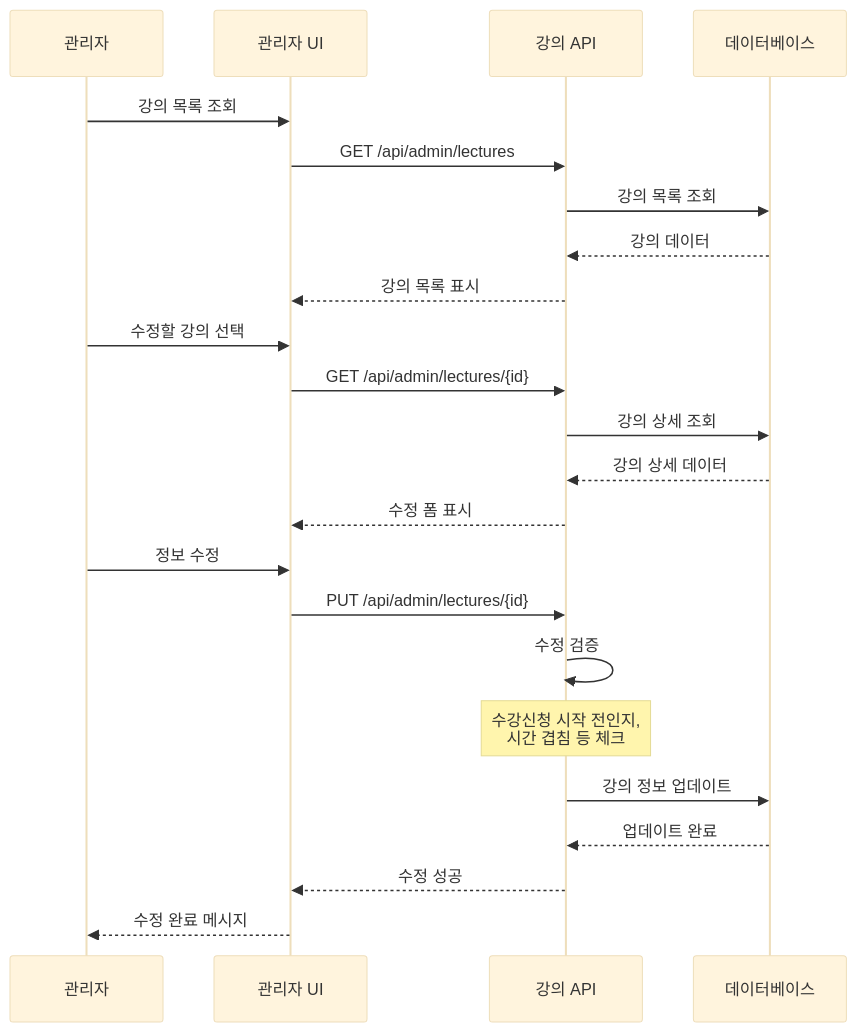
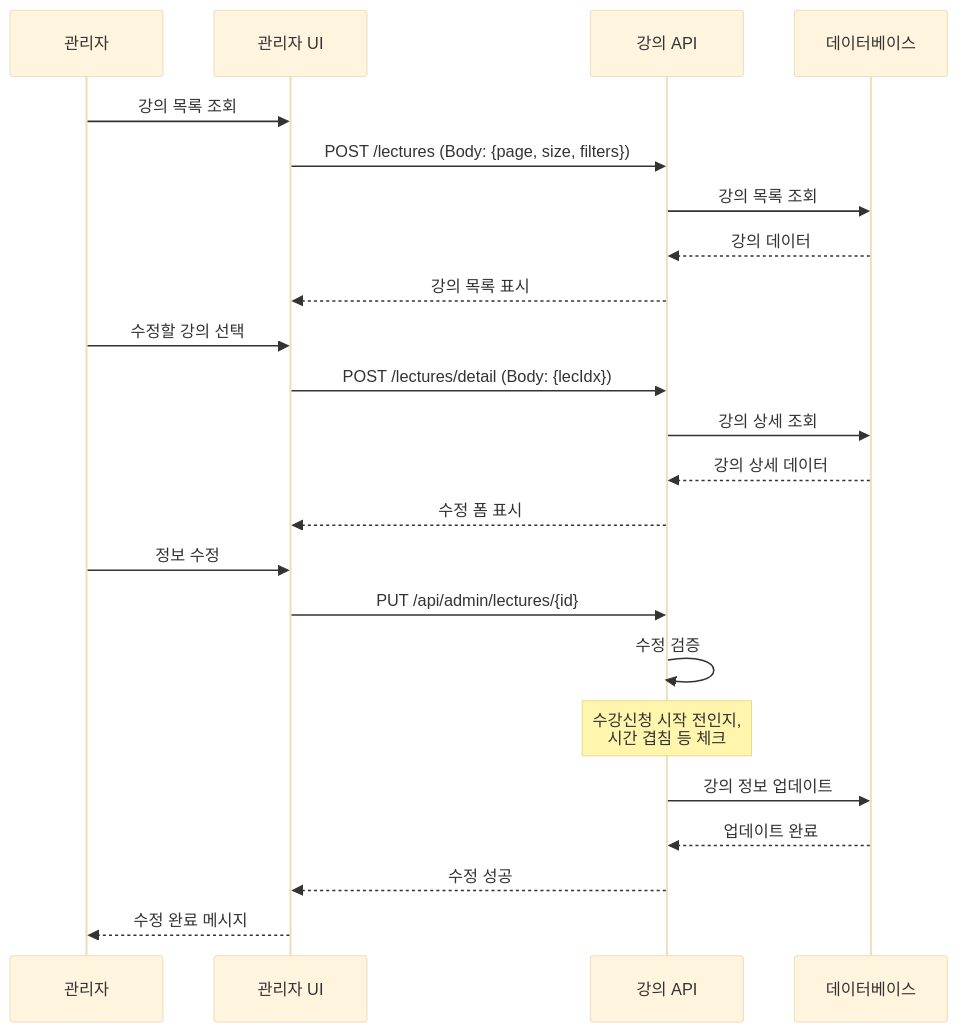
One commit to hooting76/blue-crab-lms changed the third of 8 diagrams in backend/BlueCrab/docs/강의관련기능/04-관리자플로우.md. Above: the diagram before and after it, drawn with Mermaid (base theme). The commit also changed other lines of this file and 19 other files, not shown here.

````diff
--- a/backend/BlueCrab/docs/강의관련기능/04-관리자플로우.md
+++ b/backend/BlueCrab/docs/강의관련기능/04-관리자플로우.md
@@ -181,29 +185,29 @@
 ```mermaid
 sequenceDiagram
     participant Admin as 관리자
     participant UI as 관리자 UI
     participant API as 강의 API
     participant DB as 데이터베이스
 
     Admin->>UI: 강의 목록 조회
-    UI->>API: GET /api/admin/lectures
+    UI->>API: POST /lectures (Body: {page, size, filters})
     API->>DB: 강의 목록 조회
     DB-->>API: 강의 데이터
     API-->>UI: 강의 목록 표시
 
     Admin->>UI: 수정할 강의 선택
-    UI->>API: GET /api/admin/lectures/{id}
+    UI->>API: POST /lectures/detail (Body: {lecIdx})
     API->>DB: 강의 상세 조회
     DB-->>API: 강의 상세 데이터
     API-->>UI: 수정 폼 표시
 
     Admin->>UI: 정보 수정
     UI->>API: PUT /api/admin/lectures/{id}
     API->>API: 수정 검증
     Note over API: 수강신청 시작 전인지,<br/>시간 겹침 등 체크
 
     API->>DB: 강의 정보 업데이트
     DB-->>API: 업데이트 완료
     API-->>UI: 수정 성공
     UI-->>Admin: 수정 완료 메시지
 ```
````
